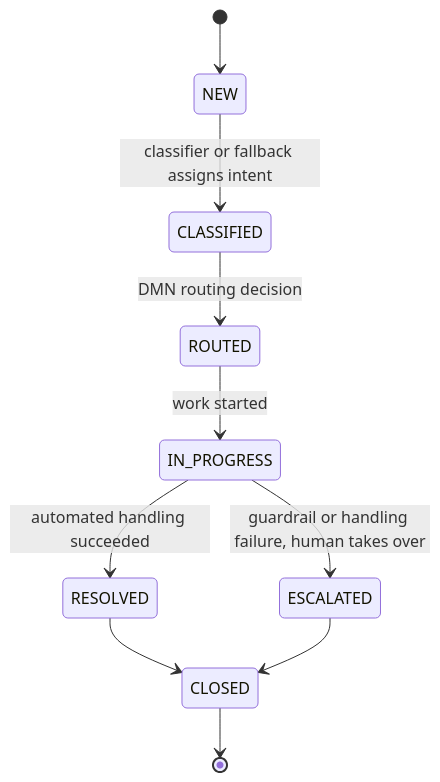
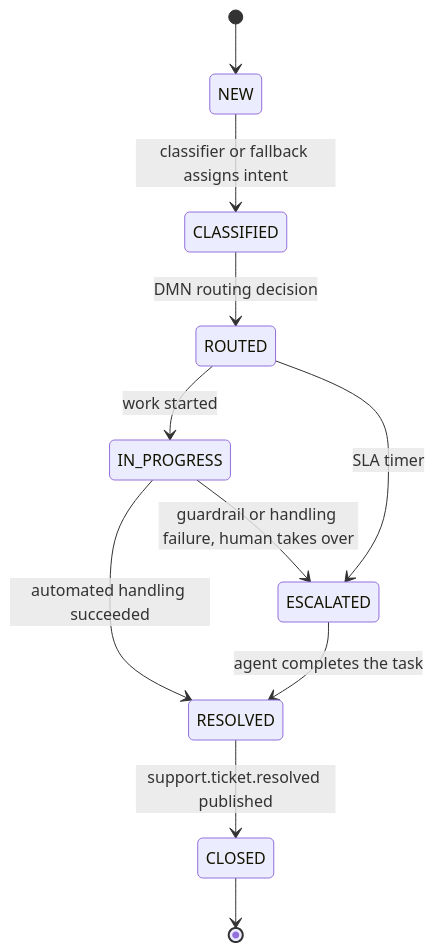
The second of 2 diagrams in docs/design/domain-model.md (DigitLock/camunda-support-automation), drawn with Mermaid before and after one commit. The commit also changed other lines of this file and 15 other files, not shown here.

````diff
--- a/docs/design/domain-model.md
+++ b/docs/design/domain-model.md
@@ -55,12 +62,13 @@
 ```mermaid
 stateDiagram-v2
     [*] --> NEW
     NEW --> CLASSIFIED : classifier or fallback assigns intent
     CLASSIFIED --> ROUTED : DMN routing decision
     ROUTED --> IN_PROGRESS : work started
+    ROUTED --> ESCALATED : SLA timer
     IN_PROGRESS --> RESOLVED : automated handling succeeded
     IN_PROGRESS --> ESCALATED : guardrail or handling failure, human takes over
-    RESOLVED --> CLOSED
-    ESCALATED --> CLOSED
+    ESCALATED --> RESOLVED : agent completes the task
+    RESOLVED --> CLOSED : support.ticket.resolved published
     CLOSED --> [*]
 ```
````
